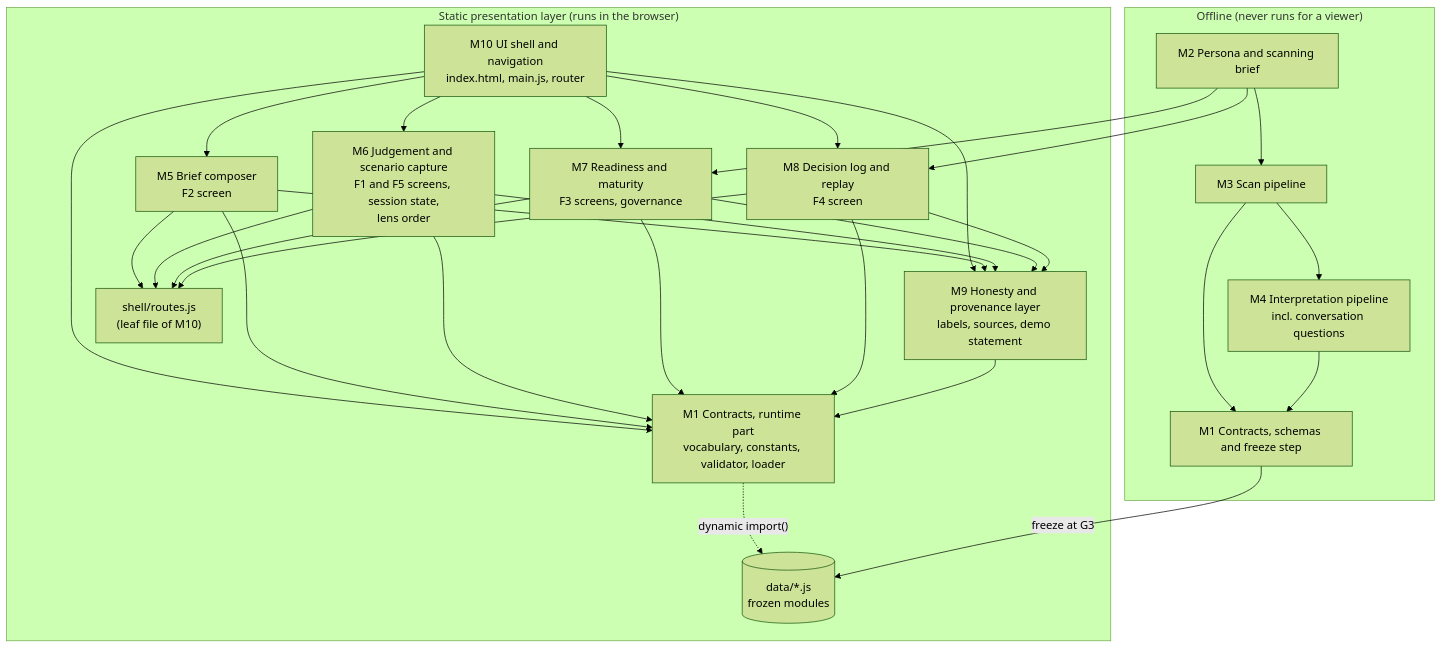
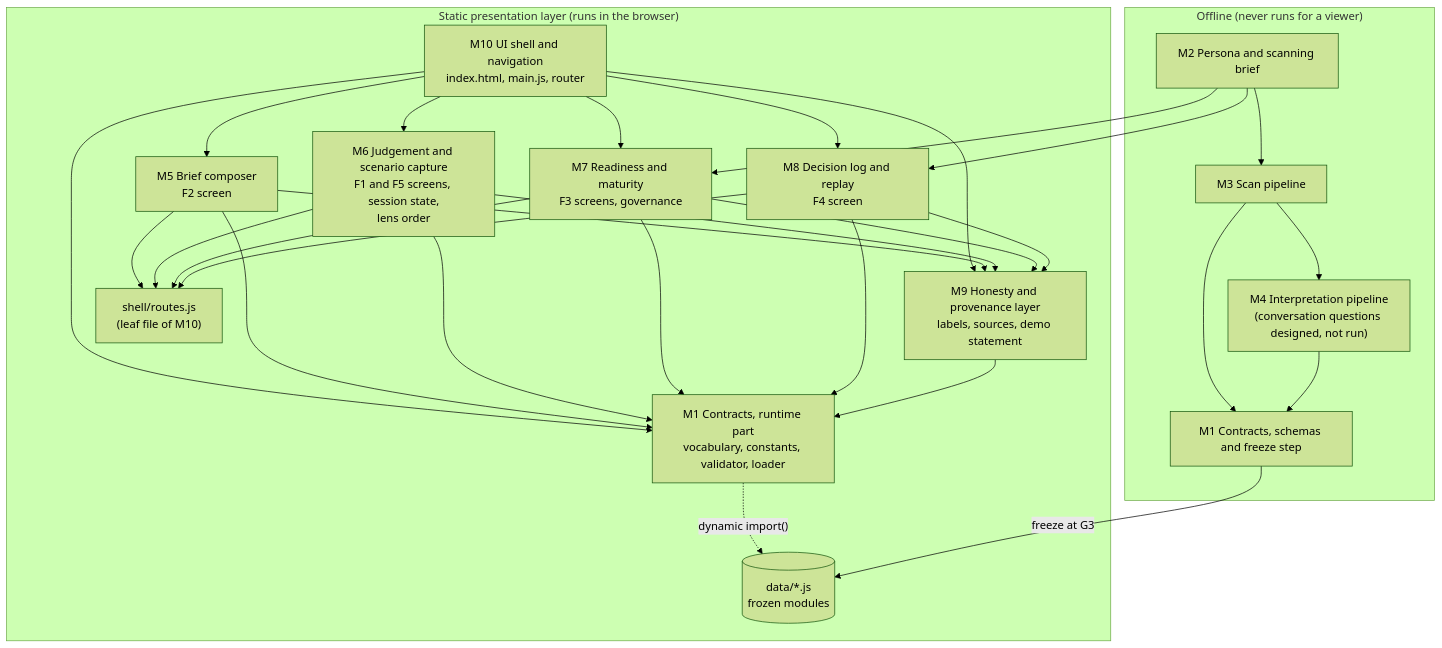
One commit to MackeyXXII/periscope changed the third of 3 diagrams in docs/03-architecture.md. Above: the diagram before and after it, drawn with Mermaid (forest theme). The commit also changed other lines of this file and 7 other files, not shown here.

Commit message:
L3/L4/schemas: apply 5 Oct decisions and Red-team B1, B2, B4, B5, N3-N8 (explanation ai-generated, F5 static with deferred tests, state-level refusals, honest replay phrases, verifiedBy on not-implemented, freeze.html dropped)

````diff
--- a/docs/03-architecture.md
+++ b/docs/03-architecture.md
@@ -870,33 +991,33 @@
 ```mermaid
 flowchart TD
   subgraph Page["Static presentation layer (runs in the browser)"]
     M10["M10 UI shell and navigation<br/>index.html, main.js, router"]
     M5["M5 Brief composer<br/>F2 screen"]
     M6["M6 Judgement and scenario capture<br/>F1 and F5 screens, session state,<br/>lens order"]
     M7["M7 Readiness and maturity<br/>F3 screens, governance"]
     M8["M8 Decision log and replay<br/>F4 screen"]
     M9["M9 Honesty and provenance layer<br/>labels, sources, demo statement"]
     M1R["M1 Contracts, runtime part<br/>vocabulary, constants, validator, loader"]
     ROUTES["shell/routes.js<br/>(leaf file of M10)"]
     DATA[("data/*.js<br/>frozen modules")]
   end
   subgraph Offline["Offline (never runs for a viewer)"]
     M2["M2 Persona and scanning brief"]
     M3["M3 Scan pipeline"]
-    M4["M4 Interpretation pipeline<br/>incl. conversation questions"]
+    M4["M4 Interpretation pipeline<br/>(conversation questions designed, not run)"]
     M1S["M1 Contracts, schemas and freeze step"]
   end
   M10 --> M5 & M6 & M7 & M8
   M10 --> M9
   M10 --> M1R
   M5 & M6 & M7 & M8 --> M9
   M5 & M6 & M7 & M8 --> M1R
   M5 & M6 & M7 & M8 --> ROUTES
   M9 --> M1R
   M1R -. "dynamic import()" .-> DATA
   M2 --> M3 --> M4
   M2 --> M7
   M2 --> M8
   M3 & M4 --> M1S
   M1S -- "freeze at G3" --> DATA
 ```
````
